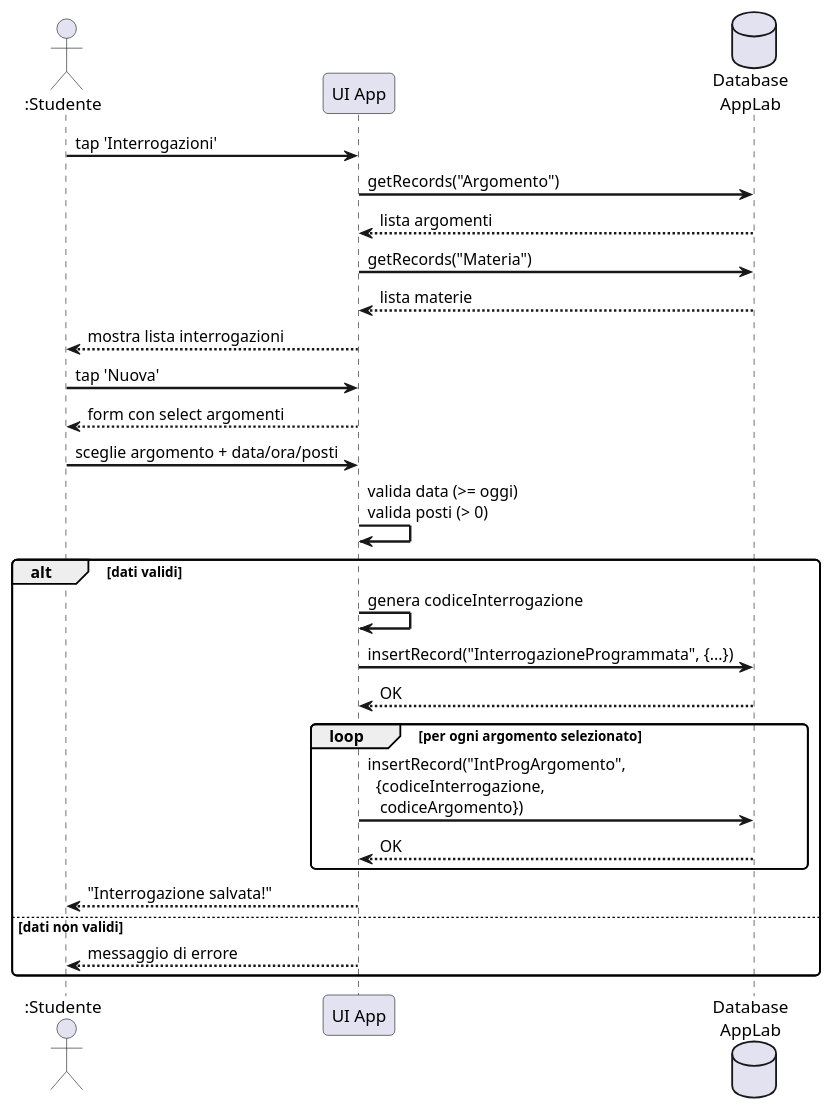
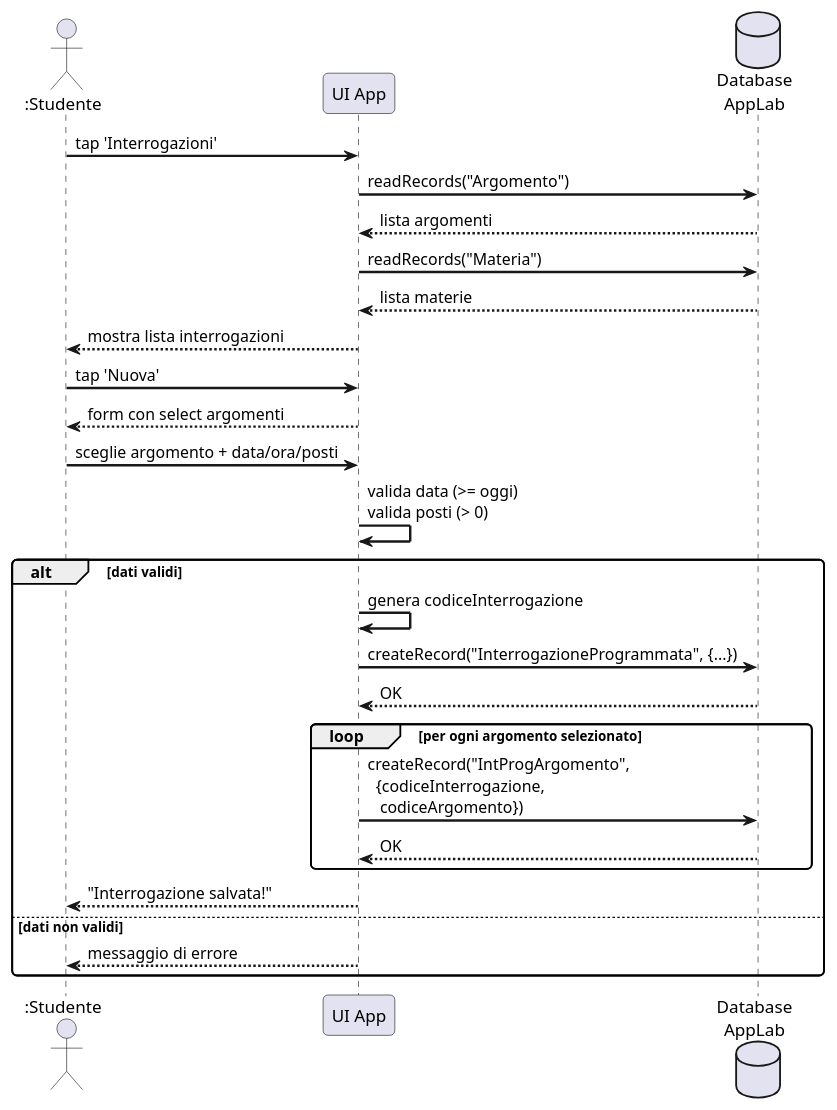
Before and after one commit to gionatamassibenincasa/study-together: the third of 8 diagrams in srs.adoc, drawn with PlantUML. The commit also changed other lines of this file and 17 other files, not shown here.

```diff
--- a/srs.adoc
+++ b/srs.adoc
@@ -573,39 +593,39 @@
 [plantuml, sd-inserimento-interrogazione, svg]
 ....
 @startuml
 skinparam sequenceArrowThickness 2
 skinparam roundcorner 8
 
 actor ":Studente" as S
 participant "UI App" as UI
 database "Database\nAppLab" as DB
 
 S -> UI : tap 'Interrogazioni'
-UI -> DB : getRecords("Argomento")
+UI -> DB : readRecords("Argomento")
 DB --> UI : lista argomenti
-UI -> DB : getRecords("Materia")
+UI -> DB : readRecords("Materia")
 DB --> UI : lista materie
 
 UI --> S : mostra lista interrogazioni
 
 S -> UI : tap 'Nuova'
 UI --> S : form con select argomenti
 
 S -> UI : sceglie argomento + data/ora/posti
 
 UI -> UI : valida data (>= oggi)\nvalida posti (> 0)
 
 alt dati validi
   UI -> UI : genera codiceInterrogazione
-  UI -> DB : insertRecord("InterrogazioneProgrammata", {...})
+  UI -> DB : createRecord("InterrogazioneProgrammata", {...})
   DB --> UI : OK
   loop per ogni argomento selezionato
-    UI -> DB : insertRecord("IntProgArgomento",\n  {codiceInterrogazione,\n   codiceArgomento})
+    UI -> DB : createRecord("IntProgArgomento",\n  {codiceInterrogazione,\n   codiceArgomento})
     DB --> UI : OK
   end
   UI --> S : "Interrogazione salvata!"
 else dati non validi
   UI --> S : messaggio di errore
 end
 @enduml
 ....
```
